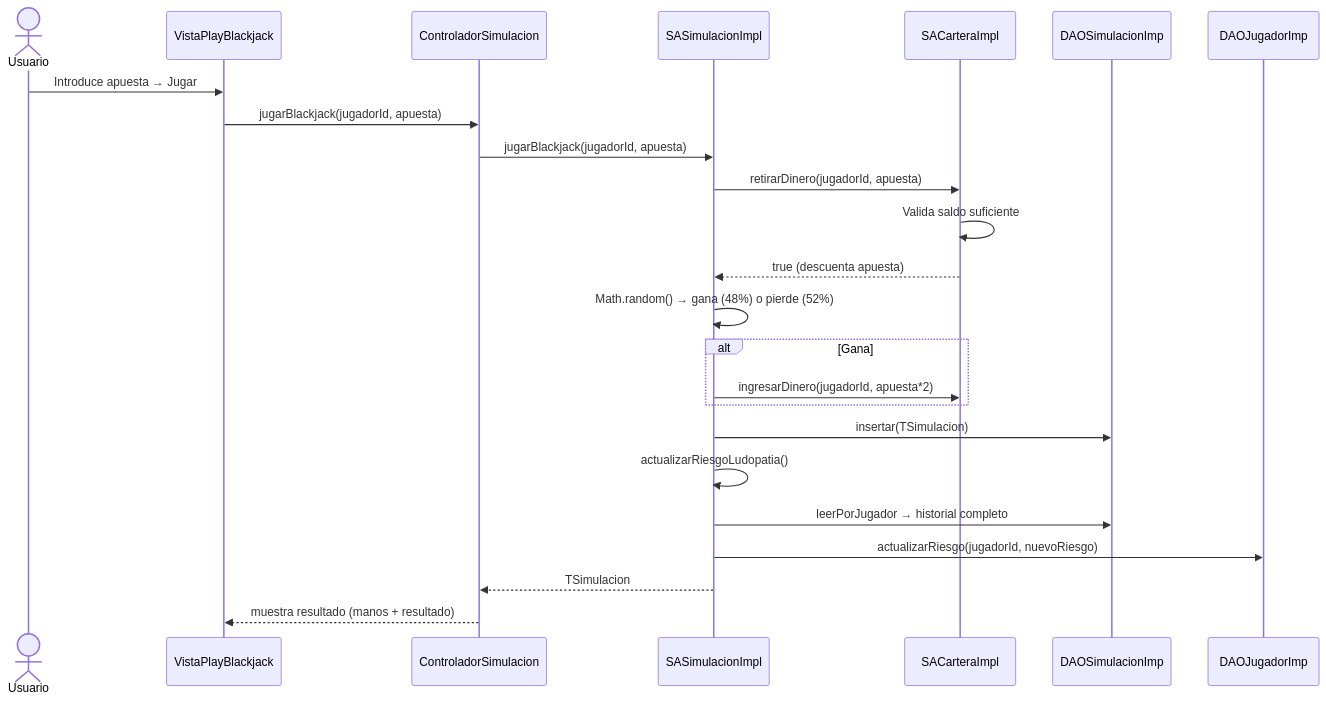
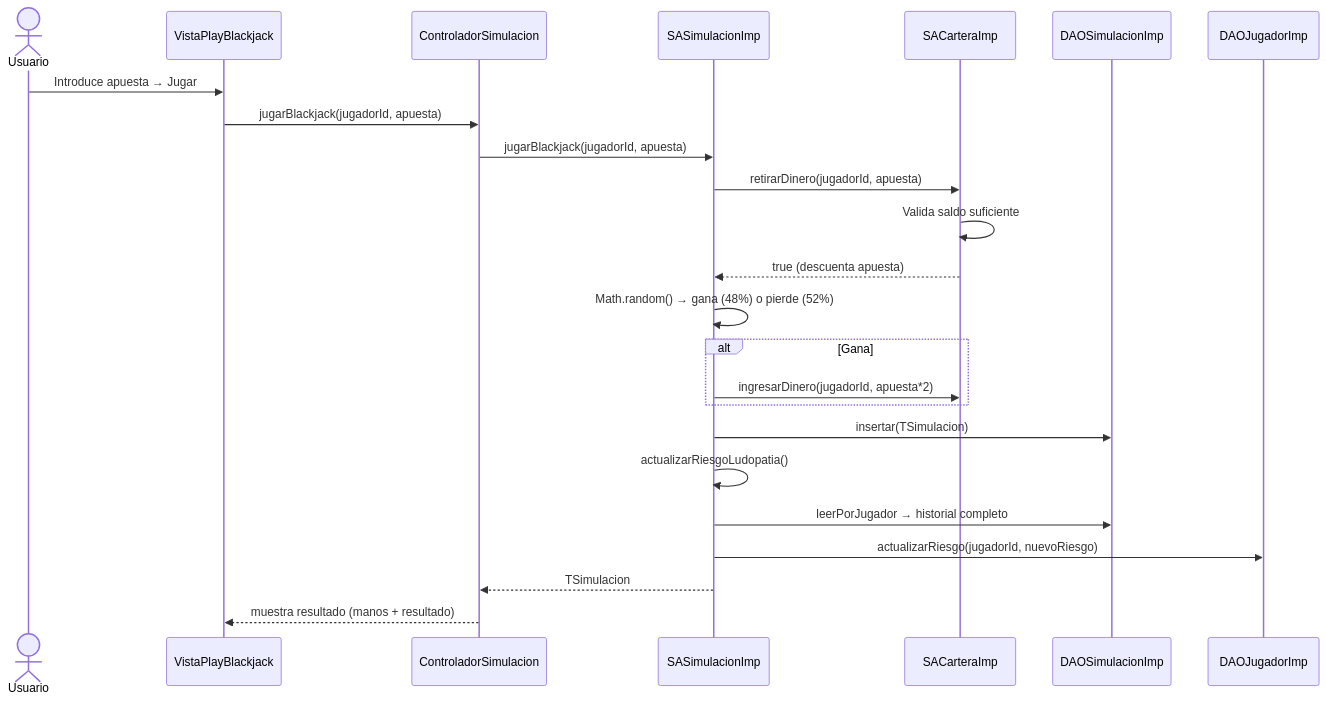
The tenth of 14 diagrams in guias/guiaCompleta.md (pelayp01/APUESTASUCM), drawn with Mermaid before and after one commit. The commit also changed other lines of this file, not shown here.

````diff
--- a/guias/guiaCompleta.md
+++ b/guias/guiaCompleta.md
@@ -528,30 +531,30 @@
 ```mermaid
 sequenceDiagram
     actor U as Usuario
     participant VB as VistaPlayBlackjack
     participant C as ControladorSimulacion
-    participant SA as SASimulacionImpl
-    participant SAC as SACarteraImpl
+    participant SA as SASimulacionImp
+    participant SAC as SACarteraImp
     participant DAO as DAOSimulacionImp
     participant DAOJ as DAOJugadorImp
 
     U->>VB: Introduce apuesta → Jugar
     VB->>C: jugarBlackjack(jugadorId, apuesta)
     C->>SA: jugarBlackjack(jugadorId, apuesta)
     SA->>SAC: retirarDinero(jugadorId, apuesta)
     SAC->>SAC: Valida saldo suficiente
     SAC-->>SA: true (descuenta apuesta)
 
     SA->>SA: Math.random() → gana (48%) o pierde (52%)
 
     alt Gana
         SA->>SAC: ingresarDinero(jugadorId, apuesta*2)
     end
 
     SA->>DAO: insertar(TSimulacion)
     SA->>SA: actualizarRiesgoLudopatia()
     SA->>DAO: leerPorJugador → historial completo
     SA->>DAOJ: actualizarRiesgo(jugadorId, nuevoRiesgo)
     SA-->>C: TSimulacion
     C-->>VB: muestra resultado (manos + resultado)
 ```
````
